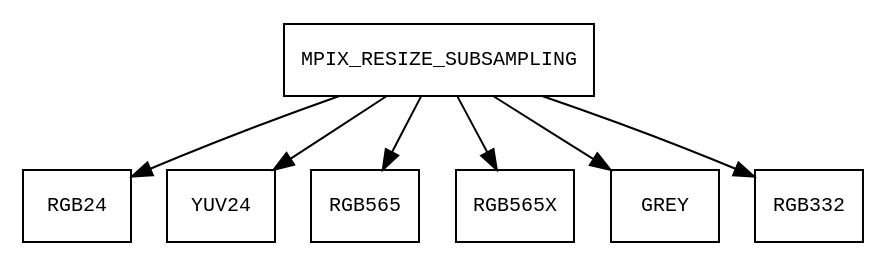
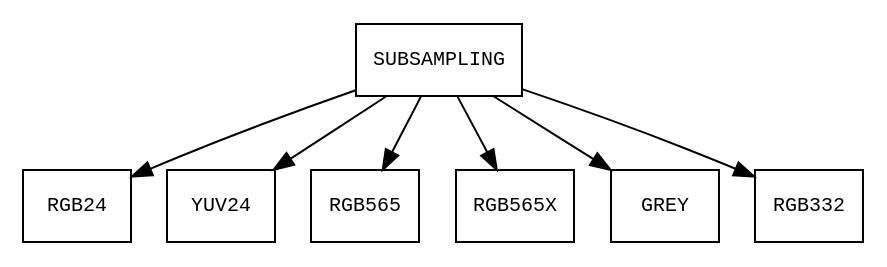
Before and after one commit to thecapn32/libmpix: the diagram in docs/dot/op_resize.dot, drawn with Graphviz. The commit also changed 8 other files, not shown here.

```diff
--- a/docs/dot/op_resize.dot
+++ b/docs/dot/op_resize.dot
@@ -1,27 +1,27 @@
 digraph mpix_op_convert_list {
     node [fontname=monospace, fontsize=10, shape=record];
 
     RGB24 [ label="RGB24" URL="@ref MPIX_FMT_RGB24"];
-    MPIX_RESIZE_SUBSAMPLING [ label="MPIX_RESIZE_SUBSAMPLING" URL="@ref MPIX_RESIZE_MPIX_RESIZE_SUBSAMPLING"];
-    MPIX_RESIZE_SUBSAMPLING -> RGB24 [label="", fontname=monospace, fontsize=9];
+    SUBSAMPLING [ label="SUBSAMPLING" URL="@ref MPIX_RESIZE_SUBSAMPLING"];
+    SUBSAMPLING -> RGB24 [label="", fontname=monospace, fontsize=9];
 
     YUV24 [ label="YUV24" URL="@ref MPIX_FMT_YUV24"];
-    MPIX_RESIZE_SUBSAMPLING [ label="MPIX_RESIZE_SUBSAMPLING" URL="@ref MPIX_RESIZE_MPIX_RESIZE_SUBSAMPLING"];
-    MPIX_RESIZE_SUBSAMPLING -> YUV24 [label="", fontname=monospace, fontsize=9];
+    SUBSAMPLING [ label="SUBSAMPLING" URL="@ref MPIX_RESIZE_SUBSAMPLING"];
+    SUBSAMPLING -> YUV24 [label="", fontname=monospace, fontsize=9];
 
     RGB565 [ label="RGB565" URL="@ref MPIX_FMT_RGB565"];
-    MPIX_RESIZE_SUBSAMPLING [ label="MPIX_RESIZE_SUBSAMPLING" URL="@ref MPIX_RESIZE_MPIX_RESIZE_SUBSAMPLING"];
-    MPIX_RESIZE_SUBSAMPLING -> RGB565 [label="", fontname=monospace, fontsize=9];
+    SUBSAMPLING [ label="SUBSAMPLING" URL="@ref MPIX_RESIZE_SUBSAMPLING"];
+    SUBSAMPLING -> RGB565 [label="", fontname=monospace, fontsize=9];
 
     RGB565X [ label="RGB565X" URL="@ref MPIX_FMT_RGB565X"];
-    MPIX_RESIZE_SUBSAMPLING [ label="MPIX_RESIZE_SUBSAMPLING" URL="@ref MPIX_RESIZE_MPIX_RESIZE_SUBSAMPLING"];
-    MPIX_RESIZE_SUBSAMPLING -> RGB565X [label="", fontname=monospace, fontsize=9];
+    SUBSAMPLING [ label="SUBSAMPLING" URL="@ref MPIX_RESIZE_SUBSAMPLING"];
+    SUBSAMPLING -> RGB565X [label="", fontname=monospace, fontsize=9];
 
     GREY [ label="GREY" URL="@ref MPIX_FMT_GREY"];
-    MPIX_RESIZE_SUBSAMPLING [ label="MPIX_RESIZE_SUBSAMPLING" URL="@ref MPIX_RESIZE_MPIX_RESIZE_SUBSAMPLING"];
-    MPIX_RESIZE_SUBSAMPLING -> GREY [label="", fontname=monospace, fontsize=9];
+    SUBSAMPLING [ label="SUBSAMPLING" URL="@ref MPIX_RESIZE_SUBSAMPLING"];
+    SUBSAMPLING -> GREY [label="", fontname=monospace, fontsize=9];
 
     RGB332 [ label="RGB332" URL="@ref MPIX_FMT_RGB332"];
-    MPIX_RESIZE_SUBSAMPLING [ label="MPIX_RESIZE_SUBSAMPLING" URL="@ref MPIX_RESIZE_MPIX_RESIZE_SUBSAMPLING"];
-    MPIX_RESIZE_SUBSAMPLING -> RGB332 [label="", fontname=monospace, fontsize=9];
+    SUBSAMPLING [ label="SUBSAMPLING" URL="@ref MPIX_RESIZE_SUBSAMPLING"];
+    SUBSAMPLING -> RGB332 [label="", fontname=monospace, fontsize=9];
 }
```
